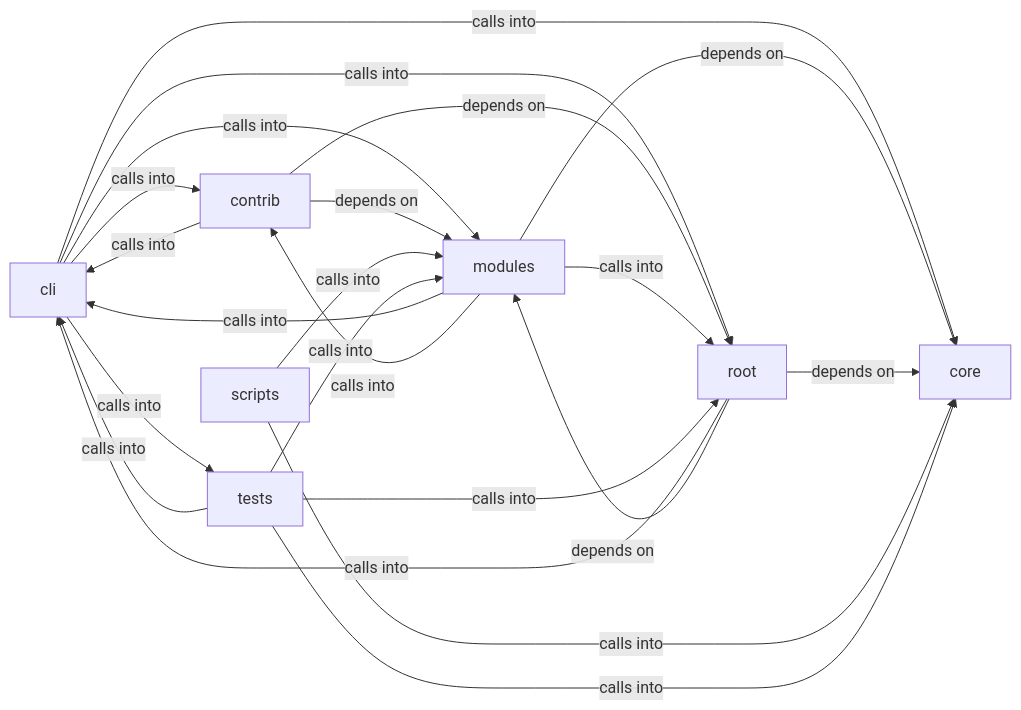
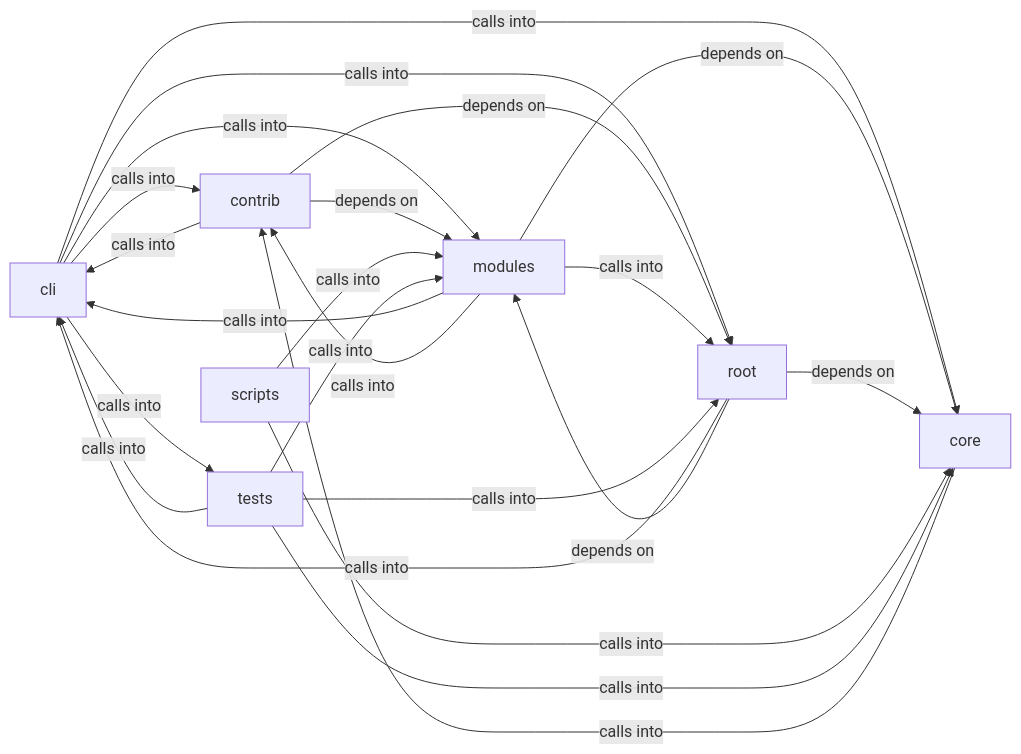
The diagram in readmenator-diagrams/cli_commands.md (grisuno/LazyOwn), drawn with Mermaid before and after one commit. The commit also changed other lines of this file and 246 other files, not shown here.

````diff
--- a/readmenator-diagrams/cli_commands.md
+++ b/readmenator-diagrams/cli_commands.md
@@ -5,31 +5,32 @@
 ```mermaid
 graph LR
     cli["cli"]
     contrib["contrib"]
     core["core"]
     modules["modules"]
     root["root"]
     scripts["scripts"]
     tests["tests"]
     cli -- "calls into" --> contrib
     cli -- "calls into" --> core
     cli -- "calls into" --> modules
     cli -- "calls into" --> root
     cli -- "calls into" --> tests
     contrib -- "calls into" --> cli
     contrib -- "depends on" --> modules
     contrib -- "depends on" --> root
+    core -- "calls into" --> contrib
     modules -- "calls into" --> cli
     modules -- "calls into" --> contrib
     modules -- "depends on" --> core
     modules -- "calls into" --> root
     root -- "calls into" --> cli
     root -- "depends on" --> core
     root -- "depends on" --> modules
     scripts -- "calls into" --> core
     scripts -- "calls into" --> modules
     tests -- "calls into" --> cli
     tests -- "calls into" --> core
     tests -- "calls into" --> modules
     tests -- "calls into" --> root
 ```
````
